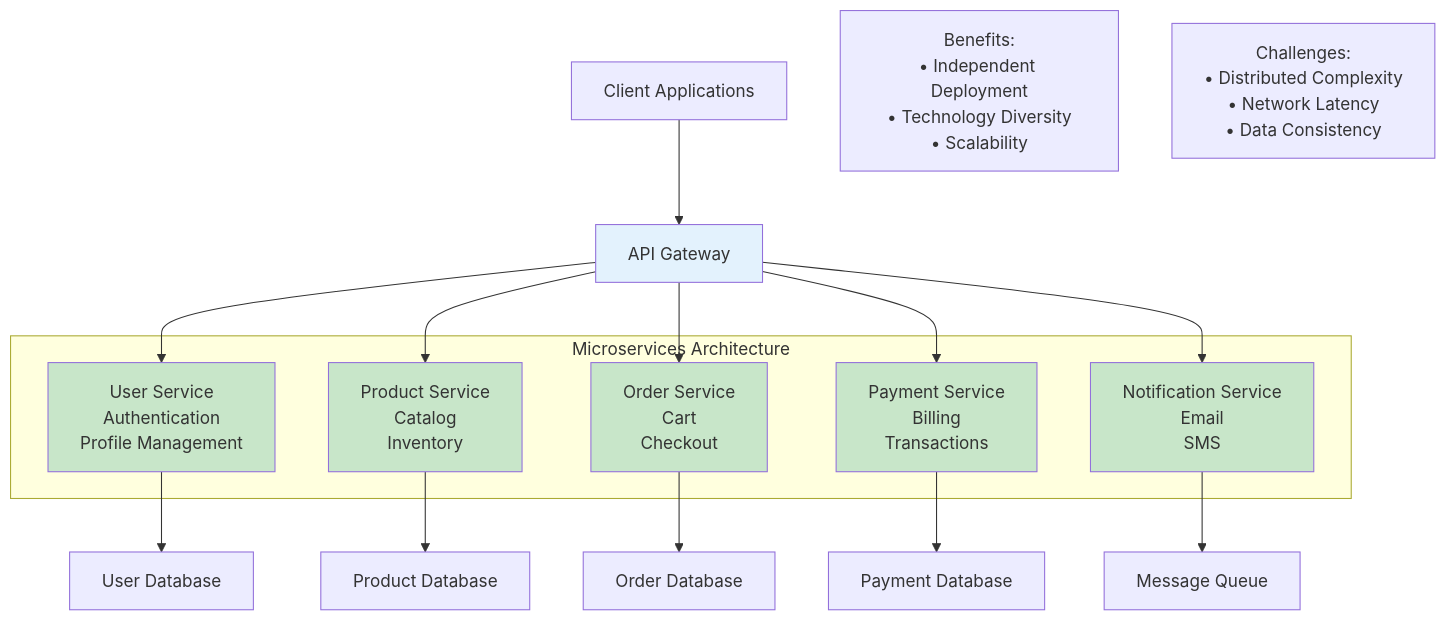
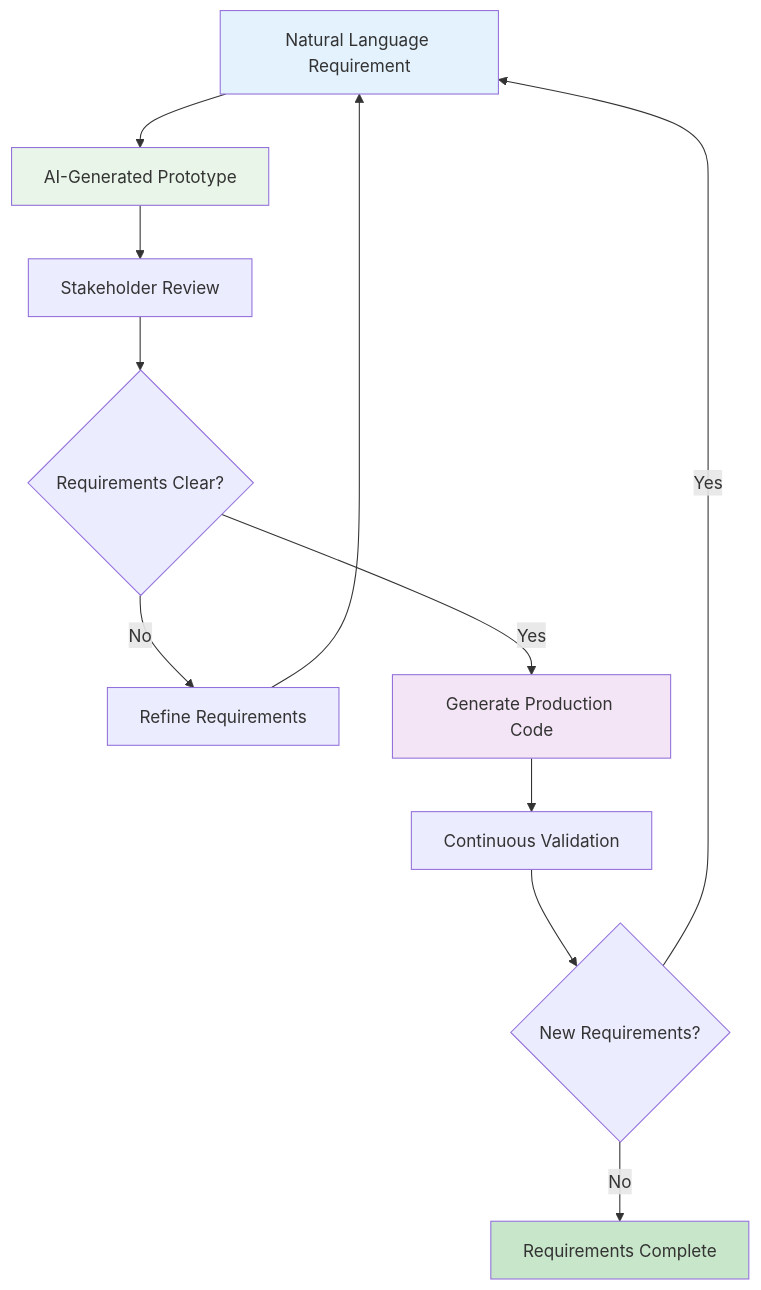
One commit to hunkim/VibeSoftwareEngineering changed the third of 3 diagrams in chapters/chapter-04.md. Above: the diagram before and after it, drawn with Mermaid. The commit also changed other lines of this file and 17 other files, not shown here.

````diff
--- a/chapters/chapter-04.md
+++ b/chapters/chapter-04.md
@@ -137,34 +210,18 @@
 ```mermaid
 graph TD
-    subgraph "Microservices Architecture"
-        A["User Service<br/>Authentication<br/>Profile Management"]
-        B["Product Service<br/>Catalog<br/>Inventory"]
-        C["Order Service<br/>Cart<br/>Checkout"]
-        D["Payment Service<br/>Billing<br/>Transactions"]
-        E["Notification Service<br/>Email<br/>SMS"]
-    end
+    A["Natural Language Requirement"] --> B["AI-Generated Prototype"]
+    B --> C["Stakeholder Review"]
+    C --> D{"Requirements Clear?"}
+    D -->|No| E["Refine Requirements"]
+    E --> A
+    D -->|Yes| F["Generate Production Code"]
+    F --> G["Continuous Validation"]
+    G --> H{"New Requirements?"}
+    H -->|Yes| A
+    H -->|No| I["Requirements Complete"]
     
-    F["API Gateway"] --> A
-    F --> B
-    F --> C
-    F --> D
-    F --> E
-    
-    G["Client Applications"] --> F
-    
-    A --> H["User Database"]
-    B --> I["Product Database"]
-    C --> J["Order Database"]
-    D --> K["Payment Database"]
-    E --> L["Message Queue"]
-    
-    M["Benefits:<br/>• Independent Deployment<br/>• Technology Diversity<br/>• Scalability"]
-    N["Challenges:<br/>• Distributed Complexity<br/>• Network Latency<br/>• Data Consistency"]
-    
-    style F fill:#e3f2fd
-    style A fill:#c8e6c9
-    style B fill:#c8e6c9
-    style C fill:#c8e6c9
-    style D fill:#c8e6c9
-    style E fill:#c8e6c9
+    style A fill:#e3f2fd
+    style B fill:#e8f5e8
+    style F fill:#f3e5f5
+    style I fill:#c8e6c9
 ```
````
